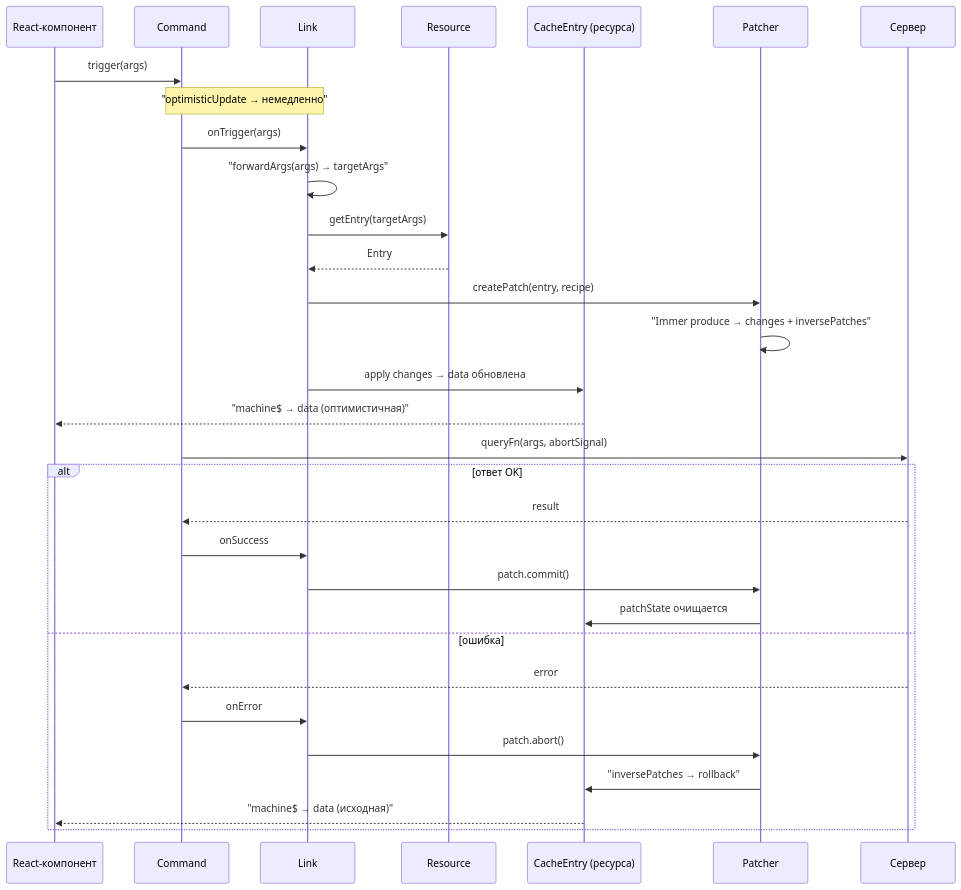
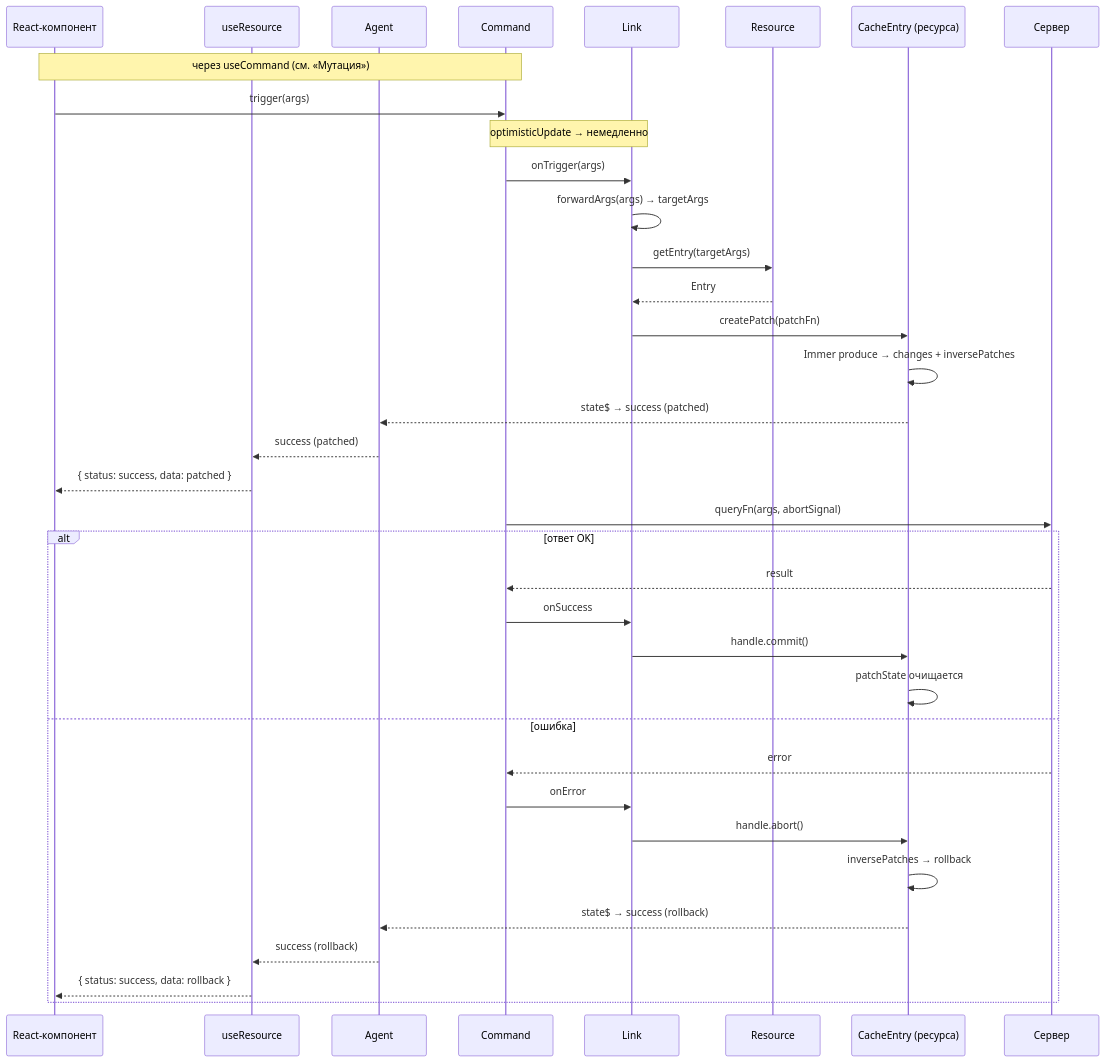
The ninth of 11 diagrams in docs/query/concepts/dataflows.md (fozy-labs/rx-toolkit), drawn with Mermaid before and after one commit. The commit also changed other lines of this file and 10 other files, not shown here.

````diff
--- a/docs/query/concepts/dataflows.md
+++ b/docs/query/concepts/dataflows.md
@@ -264,39 +339,43 @@
 ```mermaid
 sequenceDiagram
     participant UI as React-компонент
+    participant Hook as useResource
+    participant Agent as Agent
     participant Cmd as Command
     participant Lnk as Link
     participant Res as Resource
     participant Entry as CacheEntry (ресурса)
-    participant Patcher as Patcher
     participant Srv as Сервер
 
+    Note over UI,Cmd: через useCommand (см. «Мутация»)
     UI->>Cmd: trigger(args)
 
-    Note over Cmd,Lnk: "optimisticUpdate → немедленно"
+    Note over Cmd,Lnk: optimisticUpdate → немедленно
 
     Cmd->>Lnk: onTrigger(args)
-    Lnk->>Lnk: "forwardArgs(args) → targetArgs"
+    Lnk->>Lnk: forwardArgs(args) → targetArgs
     Lnk->>Res: getEntry(targetArgs)
     Res-->>Lnk: Entry
-    Lnk->>Patcher: createPatch(entry, recipe)
-    Patcher->>Patcher: "Immer produce → changes + inversePatches"
-    Lnk->>Entry: apply changes → data обновлена
-    Entry-->>UI: "machine$ → data (оптимистичная)"
+    Lnk->>Entry: createPatch(patchFn)
+    Entry->>Entry: Immer produce → changes + inversePatches
+    Entry-->>Agent: state$ → success (patched)
+    Agent-->>Hook: success (patched)
+    Hook-->>UI: { status: success, data: patched }
 
     Cmd->>Srv: queryFn(args, abortSignal)
 
     alt ответ OK
         Srv-->>Cmd: result
         Cmd->>Lnk: onSuccess
-        Lnk->>Patcher: patch.commit()
-        Patcher->>Entry: patchState очищается
+        Lnk->>Entry: handle.commit()
+        Entry->>Entry: patchState очищается
     else ошибка
         Srv-->>Cmd: error
         Cmd->>Lnk: onError
-        Lnk->>Patcher: patch.abort()
-        Patcher->>Entry: "inversePatches → rollback"
-        Entry-->>UI: "machine$ → data (исходная)"
+        Lnk->>Entry: handle.abort()
+        Entry->>Entry: inversePatches → rollback
+        Entry-->>Agent: state$ → success (rollback)
+        Agent-->>Hook: success (rollback)
+        Hook-->>UI: { status: success, data: rollback }
     end
-
 ```
````
